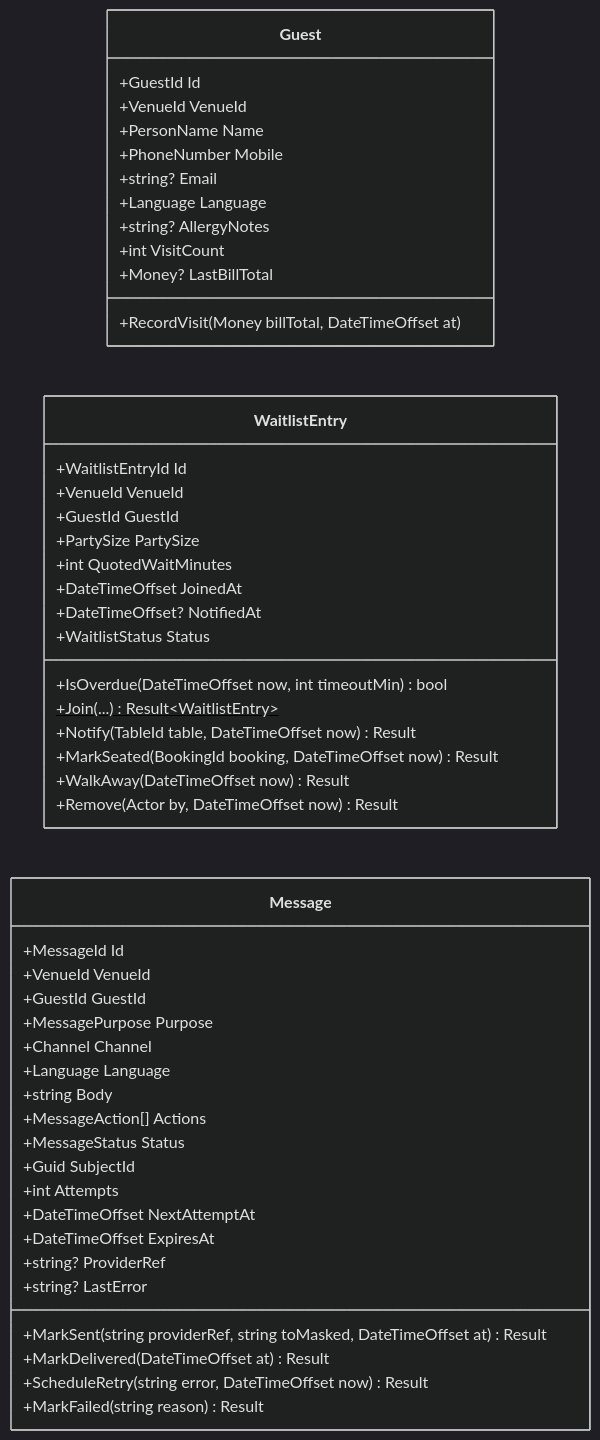
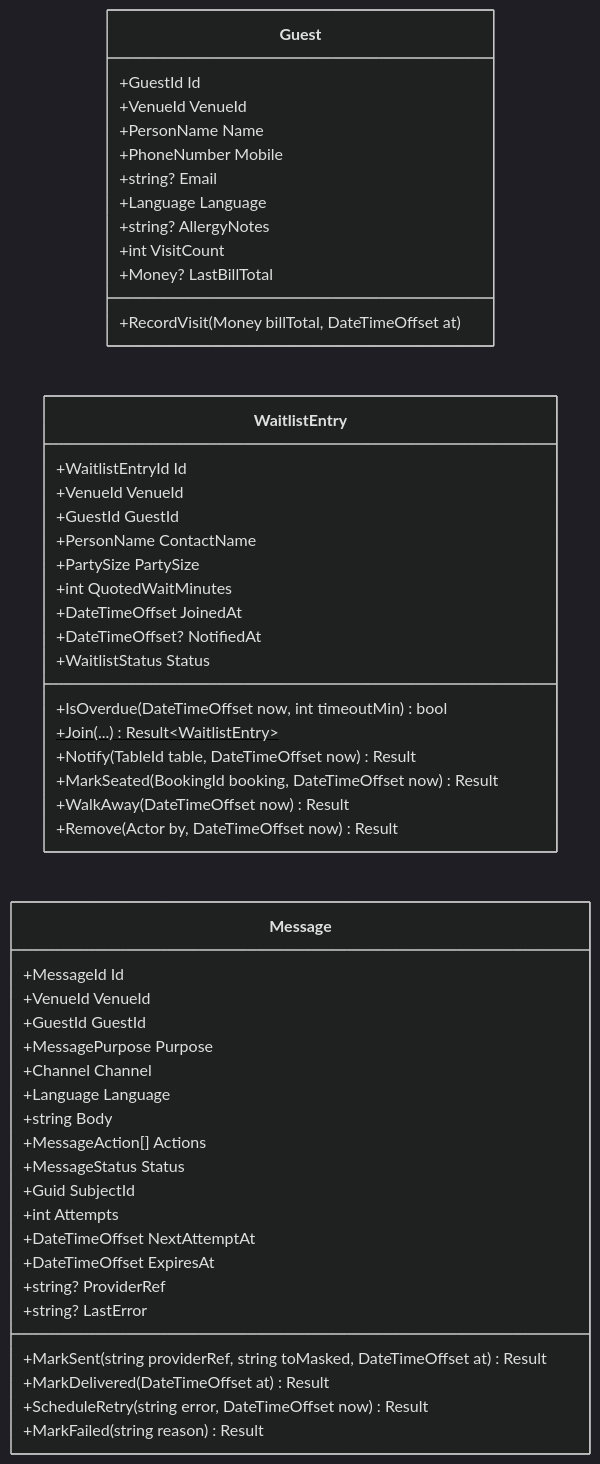
Before and after one commit to ring9834/TableReservation: the fourth of 28 diagrams in docs/Design.md, drawn with Mermaid (dark theme). The commit also changed other lines of this file and 91 other files, not shown here.

````diff
--- a/docs/Design.md
+++ b/docs/Design.md
@@ -307,53 +314,54 @@
 ```mermaid
 classDiagram
     direction LR
     class Guest {
         +GuestId Id
         +VenueId VenueId
         +PersonName Name
         +PhoneNumber Mobile
         +string? Email
         +Language Language
         +string? AllergyNotes
         +int VisitCount
         +Money? LastBillTotal
         +RecordVisit(Money billTotal, DateTimeOffset at)
     }
     class WaitlistEntry {
         +WaitlistEntryId Id
         +VenueId VenueId
         +GuestId GuestId
+        +PersonName ContactName
         +PartySize PartySize
         +int QuotedWaitMinutes
         +DateTimeOffset JoinedAt
         +DateTimeOffset? NotifiedAt
         +WaitlistStatus Status
         +IsOverdue(DateTimeOffset now, int timeoutMin) bool
         +Join(...)$ Result~WaitlistEntry~
         +Notify(TableId table, DateTimeOffset now) Result
         +MarkSeated(BookingId booking, DateTimeOffset now) Result
         +WalkAway(DateTimeOffset now) Result
         +Remove(Actor by, DateTimeOffset now) Result
     }
     class Message {
         +MessageId Id
         +VenueId VenueId
         +GuestId GuestId
         +MessagePurpose Purpose
         +Channel Channel
         +Language Language
         +string Body
         +MessageAction[] Actions
         +MessageStatus Status
         +Guid SubjectId
         +int Attempts
         +DateTimeOffset NextAttemptAt
         +DateTimeOffset ExpiresAt
         +string? ProviderRef
         +string? LastError
         +MarkSent(string providerRef, string toMasked, DateTimeOffset at) Result
         +MarkDelivered(DateTimeOffset at) Result
         +ScheduleRetry(string error, DateTimeOffset now) Result
         +MarkFailed(string reason) Result
     }
 ```
````
